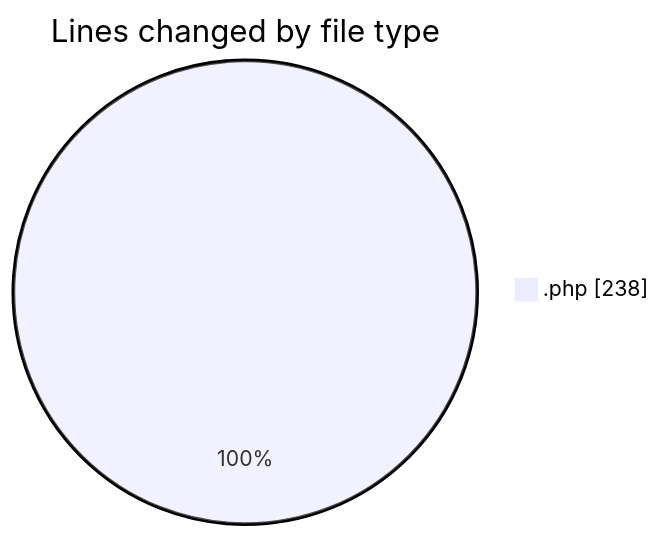
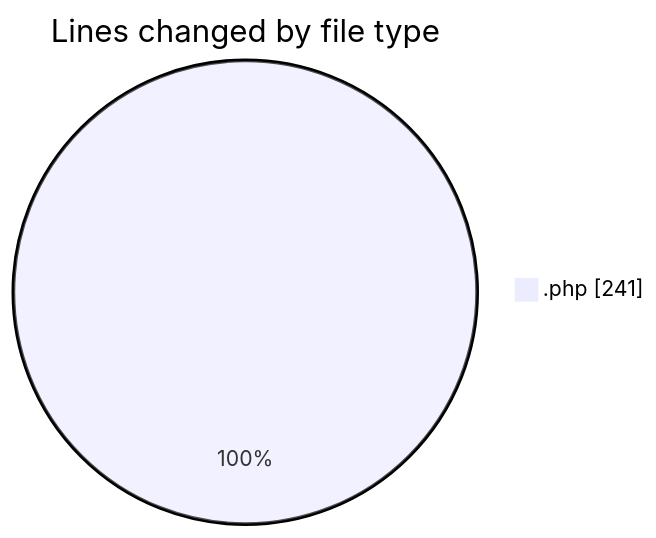
The first of 2 diagrams in 2025-06-17/studio-backend/README.md (idhammustaqopulfikri/code-tracking), drawn with Mermaid before and after one commit. The commit also changed other lines of this file and 1 other file, not shown here.

````diff
--- a/2025-06-17/studio-backend/README.md
+++ b/2025-06-17/studio-backend/README.md
@@ -20,5 +20,5 @@
 ```mermaid
 pie showData
 title Lines changed by file type
-".php" : 238
+".php" : 241
 ```
````
